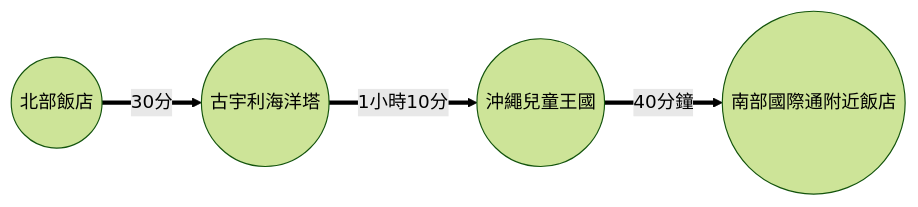
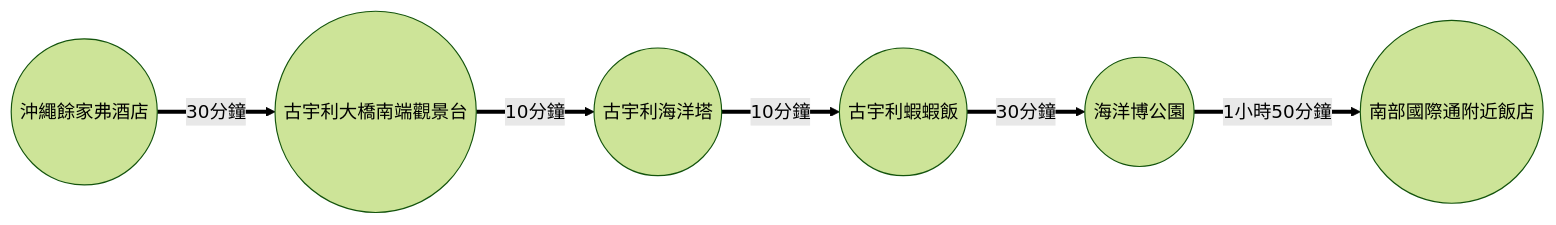
The fourth of 6 diagrams in docs/blog/posts/okinawa/okinawa-2024-12/okinawa-2024-12.md (wilder640/trip), drawn with Mermaid (forest theme) before and after one commit. The commit also changed other lines of this file and 13 other files, not shown here.

````diff
--- a/docs/blog/posts/okinawa/okinawa-2024-12/okinawa-2024-12.md
+++ b/docs/blog/posts/okinawa/okinawa-2024-12/okinawa-2024-12.md
@@ -68,4 +154,4 @@
 ``` mermaid
 graph LR
-  A((北部飯店)) == 30分 ==> B((古宇利海洋塔)) == 1小時10分 ==> C((沖繩兒童王國)) == 40分鐘 ==> D((南部國際通附近飯店))
+  A((沖繩餘家弗酒店)) == 30分鐘 ==> Ｂ((古宇利大橋南端觀景台)) == 10分鐘 ==> Ｃ((古宇利海洋塔)) == 10分鐘 ==> Ｄ((古宇利蝦蝦飯)) == 30分鐘 ==> E((海洋博公園)) == 1小時50分鐘 ==> F((南部國際通附近飯店))
 ```
````
